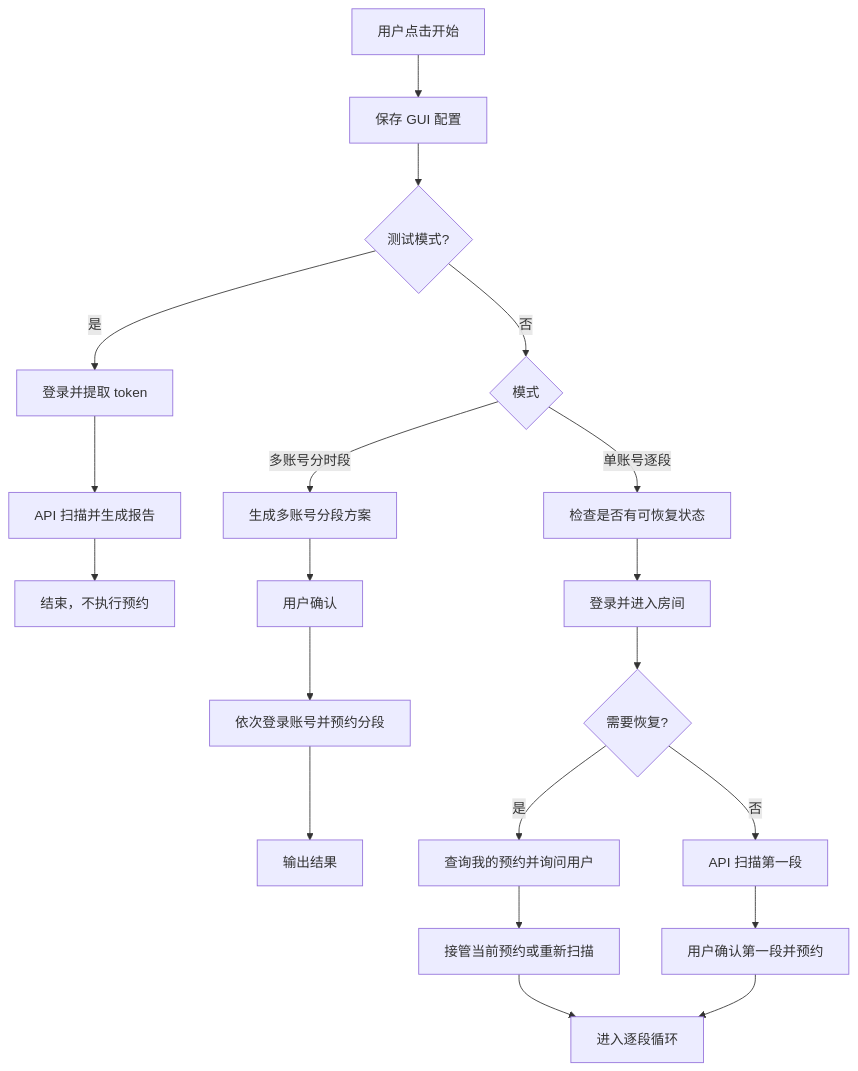
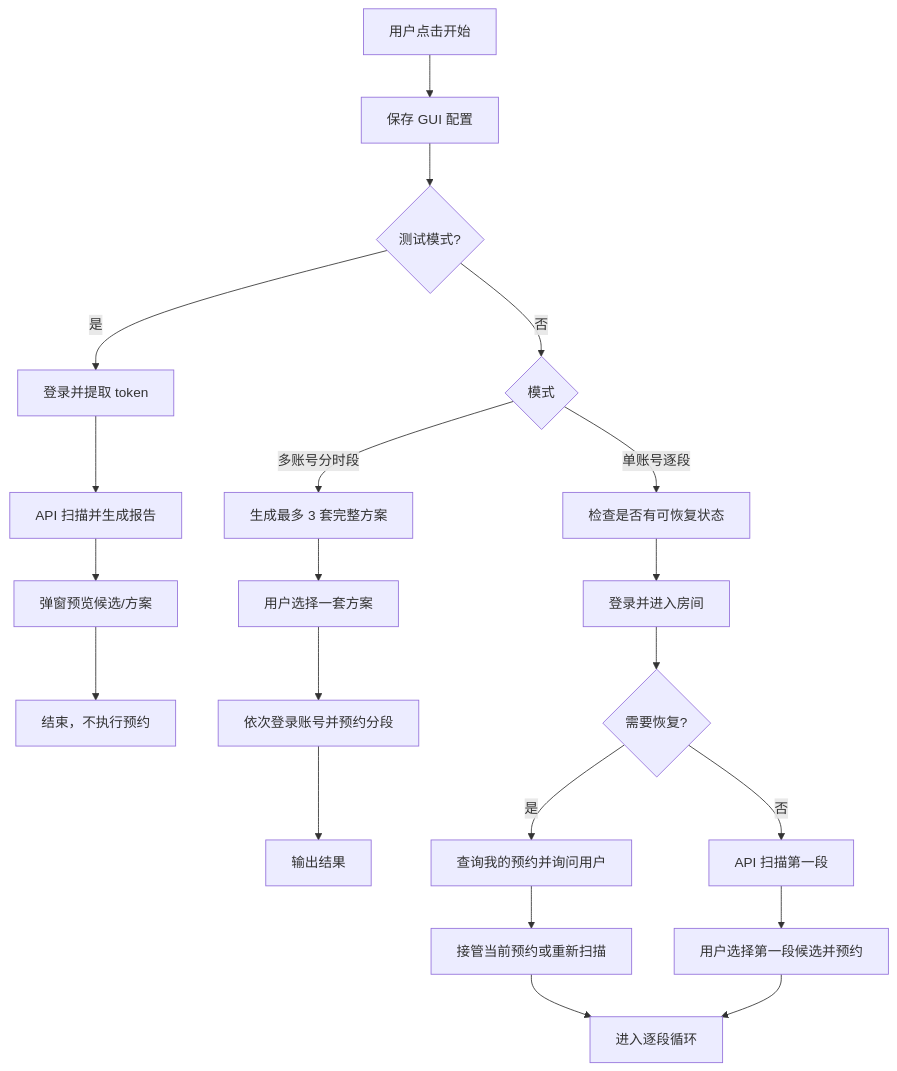
Before and after one commit to LiuDaCheng666/LNU-LibSeat: the first of 4 diagrams in docs/FLOWS.md, drawn with Mermaid. The commit also changed other lines of this file and 18 other files, not shown here.

````diff
--- a/docs/FLOWS.md
+++ b/docs/FLOWS.md
@@ -7,24 +7,25 @@
 ```mermaid
 flowchart TD
     A["用户点击开始"] --> B["保存 GUI 配置"]
     B --> C{"测试模式?"}
     C -- "是" --> D["登录并提取 token"]
     D --> E["API 扫描并生成报告"]
-    E --> Z1["结束，不执行预约"]
+    E --> E2["弹窗预览候选/方案"]
+    E2 --> Z1["结束，不执行预约"]
 
     C -- "否" --> F{"模式"}
-    F -- "多账号分时段" --> G["生成多账号分段方案"]
-    G --> H["用户确认"]
+    F -- "多账号分时段" --> G["生成最多 3 套完整方案"]
+    G --> H["用户选择一套方案"]
     H --> I["依次登录账号并预约分段"]
     I --> Z2["输出结果"]
 
     F -- "单账号逐段" --> J["检查是否有可恢复状态"]
     J --> K["登录并进入房间"]
     K --> L{"需要恢复?"}
     L -- "是" --> M["查询我的预约并询问用户"]
     L -- "否" --> N["API 扫描第一段"]
     M --> O["接管当前预约或重新扫描"]
-    N --> P["用户确认第一段并预约"]
+    N --> P["用户选择第一段候选并预约"]
     O --> Q["进入逐段循环"]
     P --> Q
 ```
````
